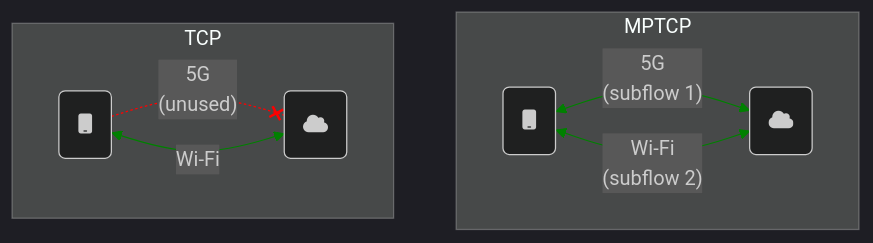
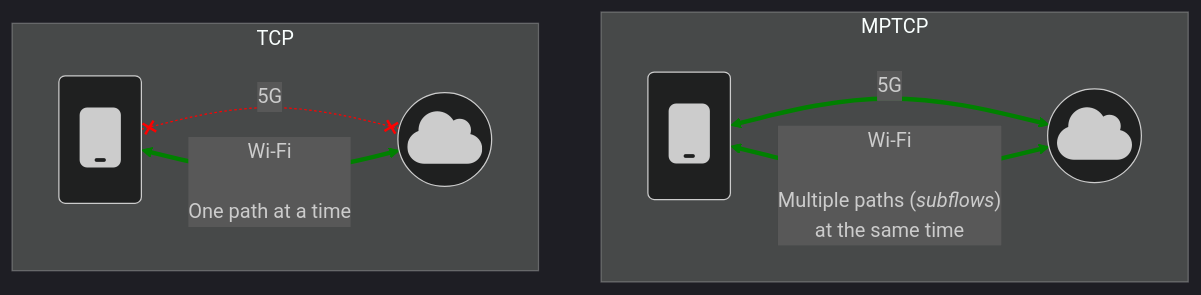
One commit to mux99/mptcp.dev changed the first of 3 diagrams in index.md. Above: the diagram before and after it, drawn with Mermaid (dark theme). The commit also changed other lines of this file, not shown here.

````diff
--- a/index.md
+++ b/index.md
@@ -16,27 +17,25 @@
 ```mermaid
 graph TD;
     subgraph MPTCP
         direction LR
-
-        C_1( fa:fa-mobile )
-        S_1( fa:fa-cloud )
+        C_1(<font size="20px">fa:fa-mobile</font>)
+        S_1((<font size="20px">fa:fa-cloud</font>))
     end
 
     subgraph TCP
         direction LR
-
-        C_2( fa:fa-mobile )
-        S_2( fa:fa-cloud )
+        C_2(<font size="20px">fa:fa-mobile</font>)
+        S_2((<font size="20px">fa:fa-cloud</font>))
     end
 
-    C_1 <-- "5G<br>(subflow 1)" --> S_1
-    C_1 <-- "Wi-Fi<br>(subflow 2)" --> S_1
+    C_1 <== "5G" ==> S_1
+    C_1 <== "Wi-Fi<br /><br />Multiple paths (<i>subflows</i>)<br />at the same time" ==> S_1
 
-    C_2 -. "5G<br>(unused)" .-x S_2
-    C_2 <-- "Wi-Fi" --> S_2
+    C_2 x-. "5G" .-x S_2
+    C_2 <== "Wi-Fi<br /><br />One path at a time" ==> S_2
 
     linkStyle 0 stroke:green;
     linkStyle 1 stroke:green;
     linkStyle 2 stroke:red;
     linkStyle 3 stroke:green;
 ```
````
